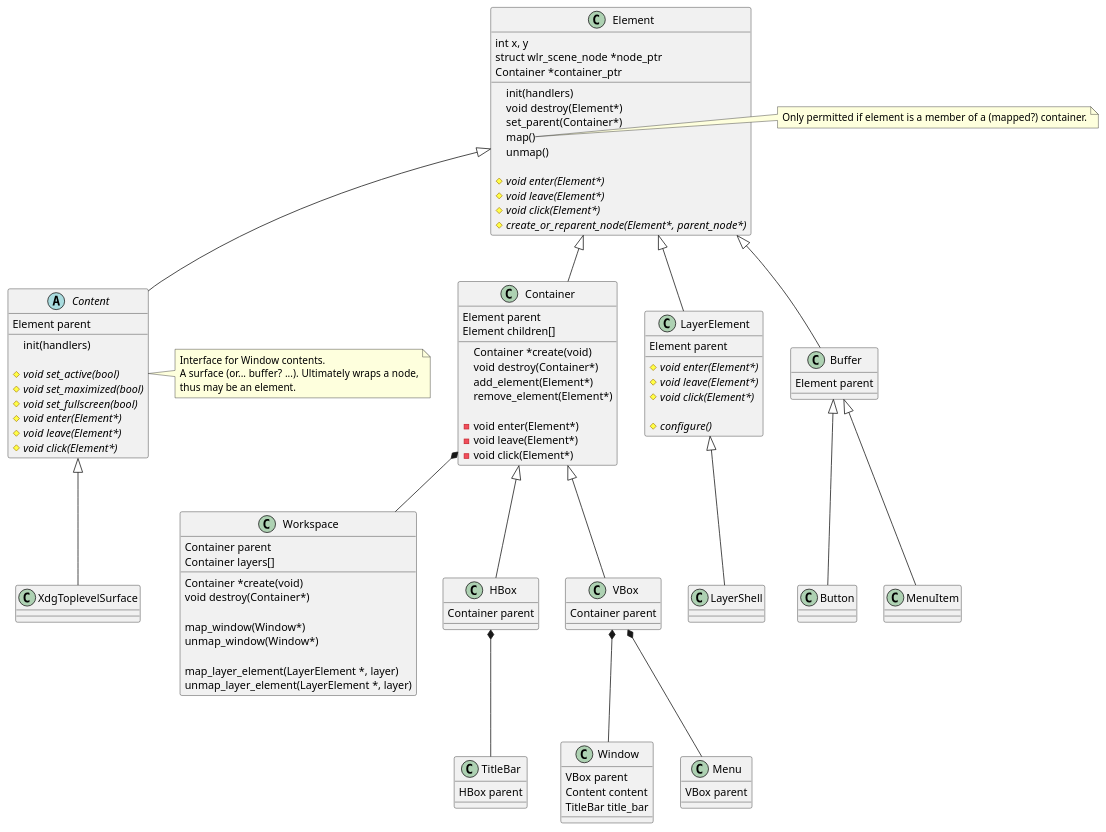
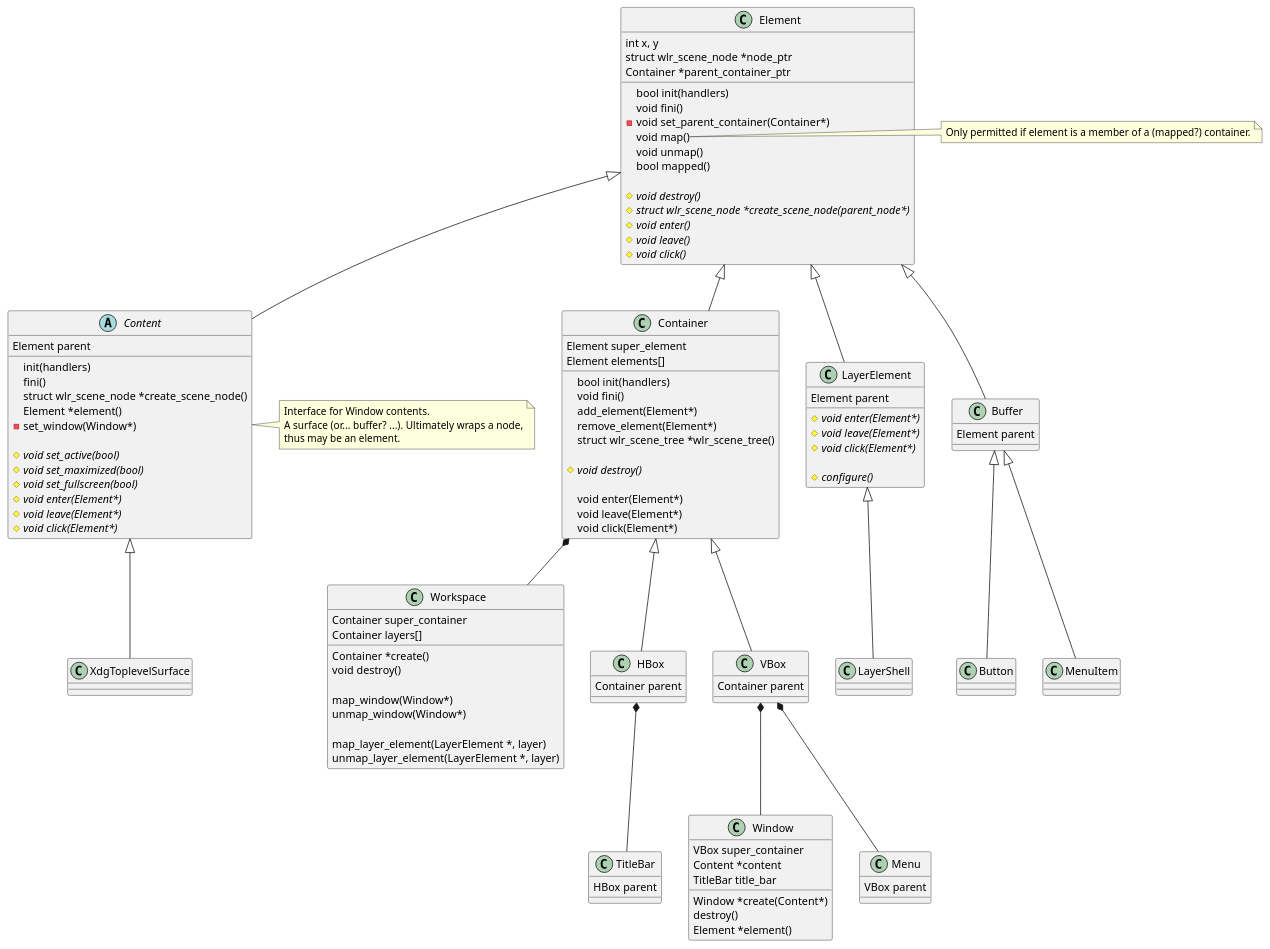
One commit to phkaeser/wlmaker changed the first of 2 diagrams in src/toolkit/toolkit.md. Above: the diagram before and after it, drawn with PlantUML. The commit also changed other lines of this file and 1 other file, not shown here.

Commit message:
Updates class documentation for plantuml, and fixes a comment typo.

```diff
--- a/src/toolkit/toolkit.md
+++ b/src/toolkit/toolkit.md
@@ -25,44 +26,49 @@
 class Element {
   int x, y
   struct wlr_scene_node *node_ptr
-  Container *container_ptr
+  Container *parent_container_ptr
 
-  init(handlers)
-  void destroy(Element*)
-  set_parent(Container*)
-  map()
-  unmap()
+  bool init(handlers)
+  void fini()
+  -void set_parent_container(Container*)
+  void map()
+  void unmap()
+  bool mapped()
 
-  {abstract}#void enter(Element*)
-  {abstract}#void leave(Element*)
-  {abstract}#void click(Element*)
-  {abstract}#create_or_reparent_node(Element*, parent_node*)
+  {abstract}#void destroy()
+  {abstract}#struct wlr_scene_node *create_scene_node(parent_node*)
+  {abstract}#void enter()
+  {abstract}#void leave()
+  {abstract}#void click()
 }
 note right of Element::"map()"
   Only permitted if element is a member of a (mapped?) container.
 end note
 
 class Container {
-  Element parent
-  Element children[]
+  Element super_element
+  Element elements[]
 
-  Container *create(void)
-  void destroy(Container*)
+  bool init(handlers)
+  void fini()
   add_element(Element*)
   remove_element(Element*)
+  struct wlr_scene_tree *wlr_scene_tree()
+  
+  {abstract}#void destroy()
 
-  -void enter(Element*)
-  -void leave(Element*)
-  -void click(Element*)
+  void enter(Element*)
+  void leave(Element*)
+  void click(Element*)
 }
 Element <|-- Container
 
 class Workspace {
-  Container parent
+  Container super_container
   Container layers[]
 
-  Container *create(void)
-  void destroy(Container*)
+  Container *create()
+  void destroy()
 
   map_window(Window*)
   unmap_window(Window*)
@@ -86,6 +92,10 @@
   Element parent
 
   init(handlers)
+  fini()
+  struct wlr_scene_node *create_scene_node()
+  Element *element()
+  -set_window(Window*)
 
   {abstract}#void set_active(bool)
   {abstract}#void set_maximized(bool)
@@ -131,9 +141,13 @@
 Buffer <|-- Button
 
 class Window {
-  VBox parent
-  Content content
+  VBox super_container
+  Content *content
   TitleBar title_bar
+  
+  Window *create(Content*)
+  destroy() 
+  Element *element()
 }
 VBox *-- Window
 
```
